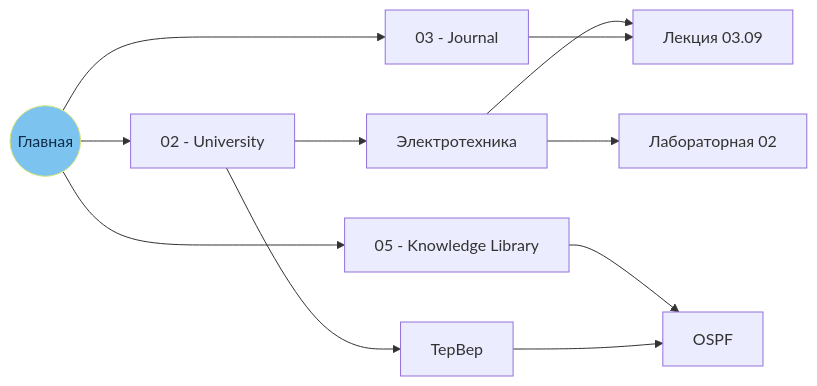
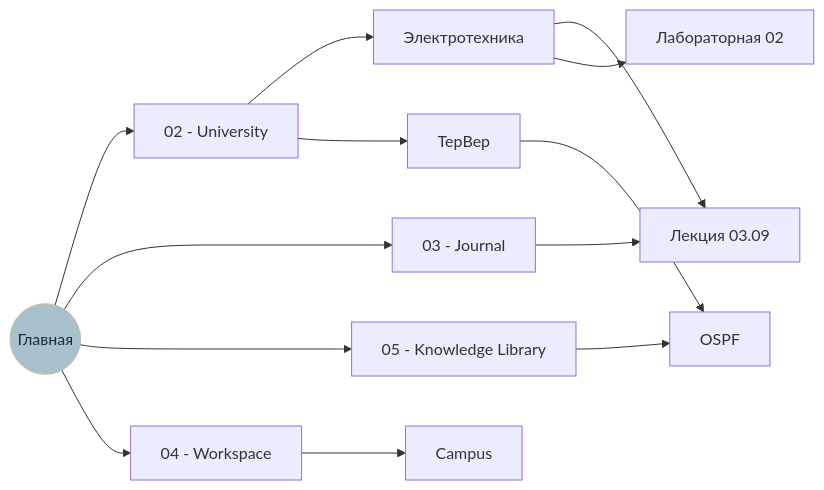
The diagram in README.md (mitaro-cs/obsidian), drawn with Mermaid before and after one commit. The commit also changed other lines of this file and 2 other files, not shown here.

First line of the commit message:
Restyle showcase in the avatar palette and add Campus project (#4)

````diff
--- a/README.md
+++ b/README.md
@@ -139,15 +140,17 @@
 ```mermaid
 graph LR
   H((Главная)):::hub
   H --> U[02 - University]
   H --> J[03 - Journal]
   H --> K[05 - Knowledge Library]
+  H --> W[04 - Workspace]
+  W --> C[Campus]
   U --> E[Электротехника]
   U --> T[ТерВер]
   E --> L1[Лекция 03.09]
   E --> L2[Лабораторная 02]
   J --> L1
   K --> O[OSPF]
   T --> O
-  classDef hub fill:#7cc4ef,stroke:#d4e57b,color:#0d2b4a
+  classDef hub fill:#a9c1cc,stroke:#c2bba5,color:#1c2b33
 ```
````
